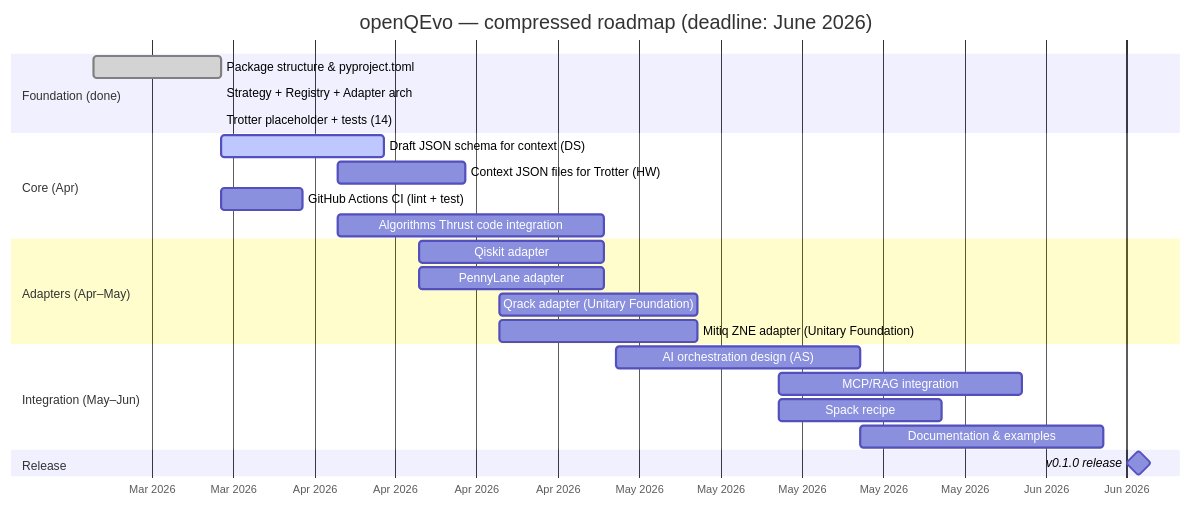
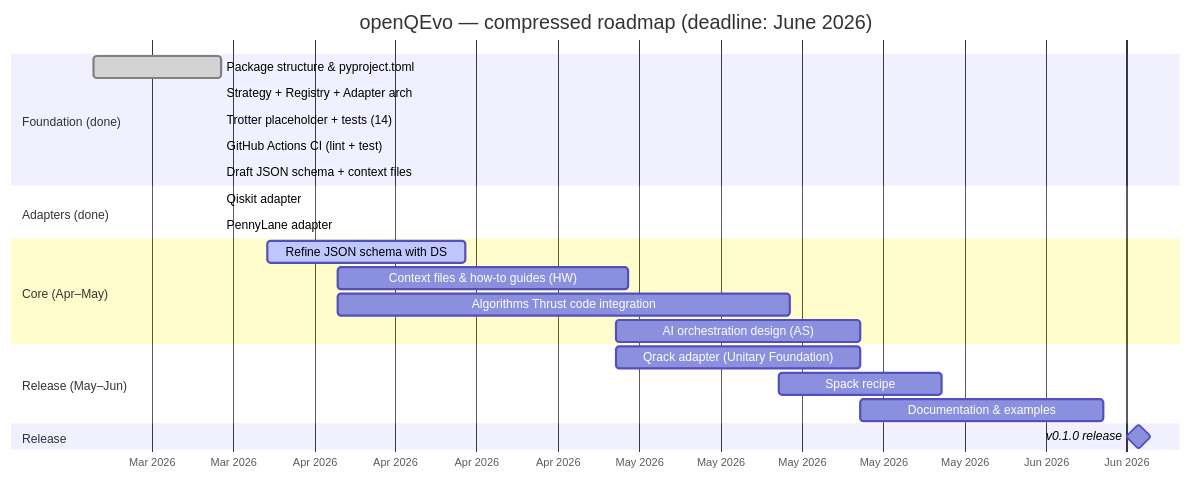
Before and after one commit to QSCSoftwareEcosystem/OpenQEvo: the first of 2 diagrams in docs/roadmap.md, drawn with Mermaid. The commit also changed other lines of this file and 2 other files, not shown here.

Commit message:
Update roadmap and docs to reflect completed adapters, remove Mitiq references

````diff
--- a/docs/roadmap.md
+++ b/docs/roadmap.md
@@ -10,32 +10,31 @@
 ```mermaid
 gantt
     title openQEvo — compressed roadmap (deadline: June 2026)
     dateFormat YYYY-MM-DD
     axisFormat %b %Y
 
     section Foundation (done)
         Package structure & pyproject.toml     :done, se1, 2026-03-17, 2026-03-28
         Strategy + Registry + Adapter arch     :done, ar1, 2026-03-28, 2026-03-28
         Trotter placeholder + tests (14)       :done, hw0, 2026-03-28, 2026-03-28
+        GitHub Actions CI (lint + test)        :done, ci1, 2026-03-28, 2026-03-28
+        Draft JSON schema + context files      :done, ds0, 2026-03-28, 2026-03-28
 
-    section Core (Apr)
-        Draft JSON schema for context (DS)     :active, ds1, 2026-03-28, 2026-04-11
-        Context JSON files for Trotter (HW)    :ctx1, 2026-04-07, 2026-04-18
-        GitHub Actions CI (lint + test)        :ci1, 2026-03-28, 2026-04-04
-        Algorithms Thrust code integration     :alg1, 2026-04-07, 2026-04-30
+    section Adapters (done)
+        Qiskit adapter                         :done, qk1, 2026-03-28, 2026-03-28
+        PennyLane adapter                      :done, pl1, 2026-03-28, 2026-03-28
 
-    section Adapters (Apr–May)
-        Qiskit adapter                         :qk1, 2026-04-14, 2026-04-30
-        PennyLane adapter                      :pl1, 2026-04-14, 2026-04-30
-        Qrack adapter (Unitary Foundation)     :qr1, 2026-04-21, 2026-05-08
-        Mitiq ZNE adapter (Unitary Foundation) :mt1, 2026-04-21, 2026-05-08
+    section Core (Apr–May)
+        Refine JSON schema with DS             :active, ds1, 2026-04-01, 2026-04-18
+        Context files & how-to guides (HW)     :ctx1, 2026-04-07, 2026-05-02
+        Algorithms Thrust code integration     :alg1, 2026-04-07, 2026-05-16
+        AI orchestration design (AS)           :as1, 2026-05-01, 2026-05-22
 
-    section Integration (May–Jun)
-        AI orchestration design (AS)           :as1, 2026-05-01, 2026-05-22
-        MCP/RAG integration                    :as2, 2026-05-15, 2026-06-05
+    section Release (May–Jun)
+        Qrack adapter (Unitary Foundation)     :qr1, 2026-05-01, 2026-05-22
         Spack recipe                           :se2, 2026-05-15, 2026-05-29
         Documentation & examples               :doc1, 2026-05-22, 2026-06-12
 
     section Release
         v0.1.0 release                         :milestone, rel1, 2026-06-15, 0d
 ```
````
